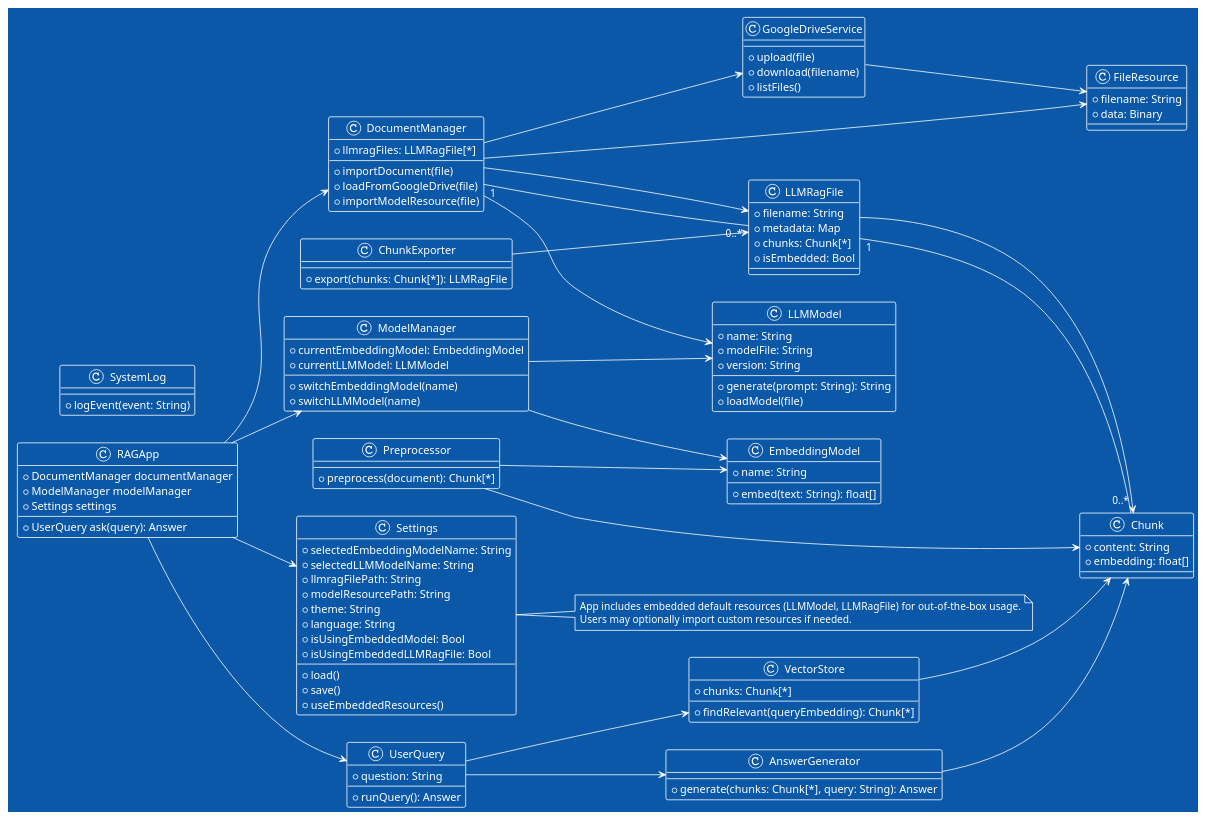
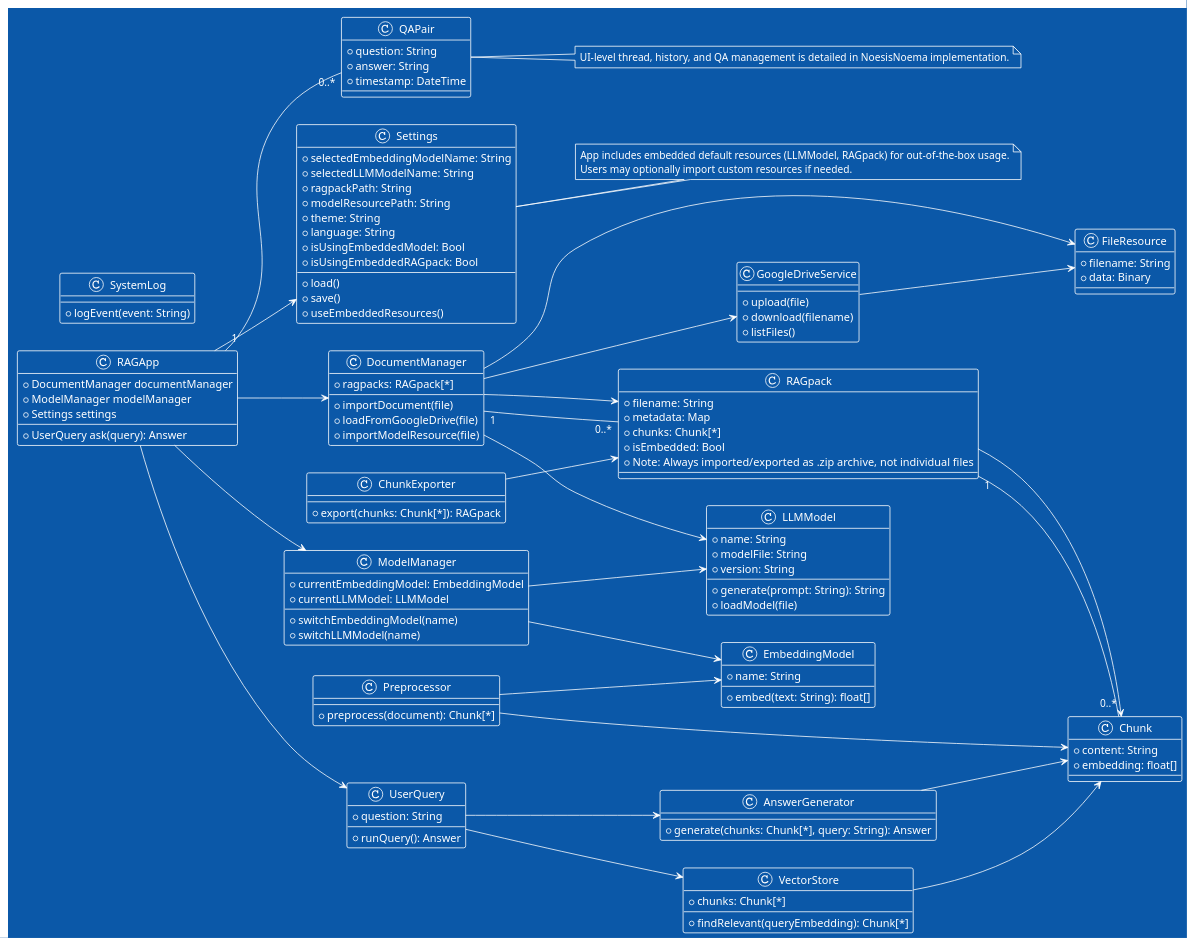
One commit to raskolnikoff/RAGfish changed the diagram in docs/uml/ClassDiagram.puml. Above: the diagram before and after it, drawn with PlantUML. The commit also changed 12 other files, not shown here.

Commit message:
fix: updated all ddocument and diagrams before public

```diff
--- a/docs/uml/ClassDiagram.puml
+++ b/docs/uml/ClassDiagram.puml
@@ -1,137 +1,149 @@
 @startuml
 !theme amiga
 left to right direction
 
 '=== iOS App Layer ===
 class RAGApp {
     +DocumentManager documentManager
     +ModelManager modelManager
     +Settings settings
     +UserQuery ask(query): Answer
 }
 
 class DocumentManager {
     +importDocument(file)
     +loadFromGoogleDrive(file)
     +importModelResource(file)
-    +llmragFiles: LLMRagFile[*]
+    +ragpacks: RAGpack[*]
 }
 
-class LLMRagFile {
+class RAGpack {
     +filename: String
     +metadata: Map
     +chunks: Chunk[*]
     +isEmbedded: Bool
+    +Note: Always imported/exported as .zip archive, not individual files
 }
 
 class Chunk {
     +content: String
     +embedding: float[]
 }
 
 class VectorStore {
     +chunks: Chunk[*]
     +findRelevant(queryEmbedding): Chunk[*]
 }
 
 class UserQuery {
     +question: String
     +runQuery(): Answer
 }
 
 class AnswerGenerator {
     +generate(chunks: Chunk[*], query: String): Answer
 }
 
 class ModelManager {
     +currentEmbeddingModel: EmbeddingModel
     +currentLLMModel: LLMModel
     +switchEmbeddingModel(name)
     +switchLLMModel(name)
 }
 
+class QAPair {
+    +question: String
+    +answer: String
+    +timestamp: DateTime
+}
+
 '=== Settings manages only the essential configuration for the app. ===
 class Settings {
     +selectedEmbeddingModelName: String
     +selectedLLMModelName: String
-    +llmragFilePath: String
+    +ragpackPath: String
     +modelResourcePath: String
     +theme: String
     +language: String
     +load()
     +save()
     +isUsingEmbeddedModel: Bool
-    +isUsingEmbeddedLLMRagFile: Bool
+    +isUsingEmbeddedRAGpack: Bool
     +useEmbeddedResources()
 }
 note right of Settings
-App includes embedded default resources (LLMModel, LLMRagFile) for out-of-the-box usage.
+App includes embedded default resources (LLMModel, RAGpack) for out-of-the-box usage.
 Users may optionally import custom resources if needed.
+end note
+
+note right of QAPair
+UI-level thread, history, and QA management is detailed in NoesisNoema implementation.
 end note
 
 '=== Model Pipeline Layer ===
 class Preprocessor {
     +preprocess(document): Chunk[*]
 }
 
 class EmbeddingModel {
     +name: String
     +embed(text: String): float[]
 }
 
 class LLMModel {
     +name: String
     +modelFile: String
     +version: String
     +generate(prompt: String): String
     +loadModel(file)
 }
 
 class ChunkExporter {
-    +export(chunks: Chunk[*]): LLMRagFile
+    +export(chunks: Chunk[*]): RAGpack
 }
 
 '=== Storage / External Services ===
 class GoogleDriveService {
     +upload(file)
     +download(filename)
     +listFiles()
 }
 
 class FileResource {
     +filename: String
     +data: Binary
 }
 
 '=== Admin ===
 class SystemLog {
     +logEvent(event: String)
 }
 
 '=== Relations with multiplicity ===
-DocumentManager "1" -- "0..*" LLMRagFile
-LLMRagFile "1" -- "0..*" Chunk
+DocumentManager "1" -- "0..*" RAGpack
+RAGpack "1" -- "0..*" Chunk
+RAGApp "1" -- "0..*" QAPair
 
 '=== Relations ===
 RAGApp --> DocumentManager
 RAGApp --> ModelManager
 RAGApp --> Settings
 RAGApp --> UserQuery
-DocumentManager --> LLMRagFile
-LLMRagFile --> Chunk
+DocumentManager --> RAGpack
+RAGpack --> Chunk
 DocumentManager --> GoogleDriveService
 'Import/download only; export/upload not included unless extended later
 DocumentManager --> FileResource
 DocumentManager --> LLMModel
 UserQuery --> VectorStore
 VectorStore --> Chunk
 UserQuery --> AnswerGenerator
 AnswerGenerator --> Chunk
 ModelManager --> EmbeddingModel
 ModelManager --> LLMModel
 Preprocessor --> EmbeddingModel
 Preprocessor --> Chunk
-ChunkExporter --> LLMRagFile
+ChunkExporter --> RAGpack
 GoogleDriveService --> FileResource
 
 @enduml
```
